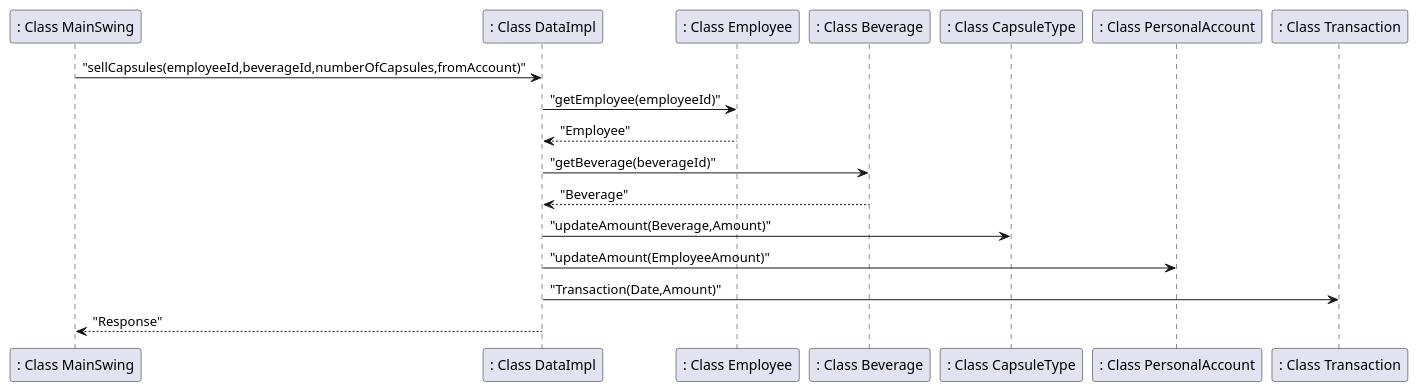
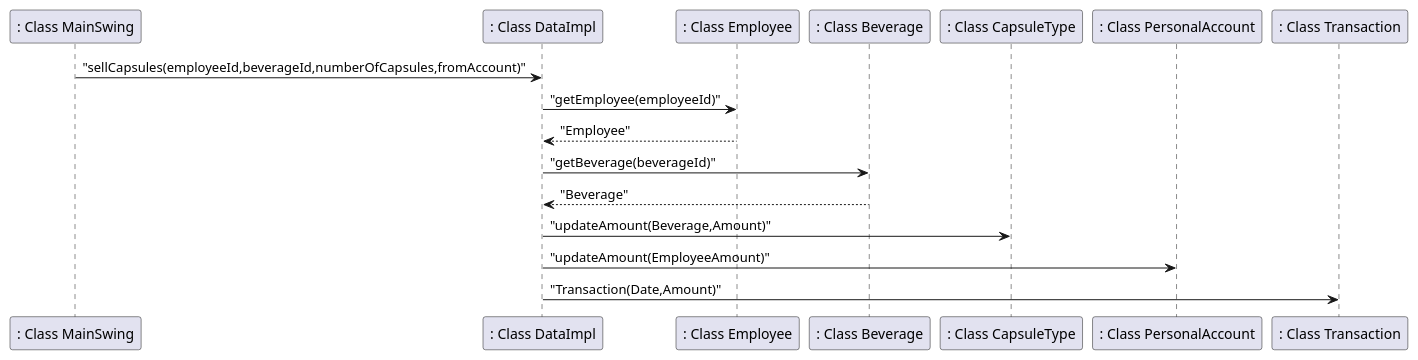
The sixth of 7 diagrams in templates/DesignDocumentTemplate.md (salvatore-dimartino/LaTazza), drawn with PlantUML before and after one commit. The commit also changed other lines of this file, not shown here.

````diff
--- a/templates/DesignDocumentTemplate.md
+++ b/templates/DesignDocumentTemplate.md
@@ -282,11 +282,10 @@
 ```plantuml
 ": Class MainSwing" -> ": Class DataImpl": "sellCapsules(employeeId,beverageId,numberOfCapsules,fromAccount)"
 ": Class DataImpl" -> ": Class Employee": "getEmployee(employeeId)"
 ": Class Employee" --> ": Class DataImpl": "Employee"
 ": Class DataImpl" -> ": Class Beverage": "getBeverage(beverageId)"
 ": Class Beverage" --> ": Class DataImpl": "Beverage"
 ": Class DataImpl" -> ": Class CapsuleType": "updateAmount(Beverage,Amount)"
 ": Class DataImpl" -> ": Class PersonalAccount": "updateAmount(EmployeeAmount)"
 ": Class DataImpl" -> ": Class Transaction": "Transaction(Date,Amount)"
-": Class DataImpl" --> ": Class MainSwing": "Response"
 ```
````
